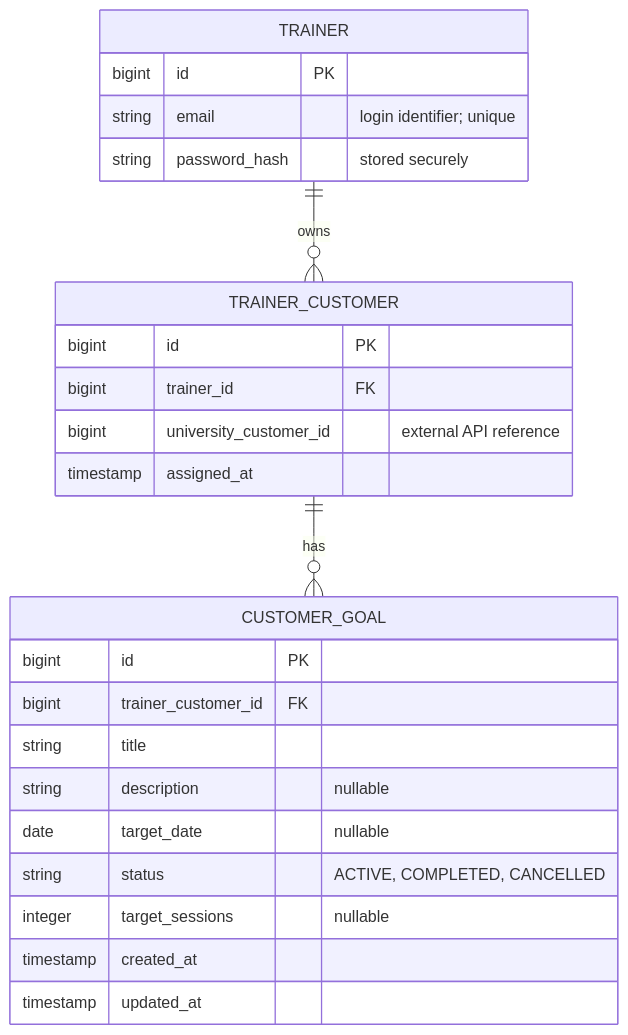
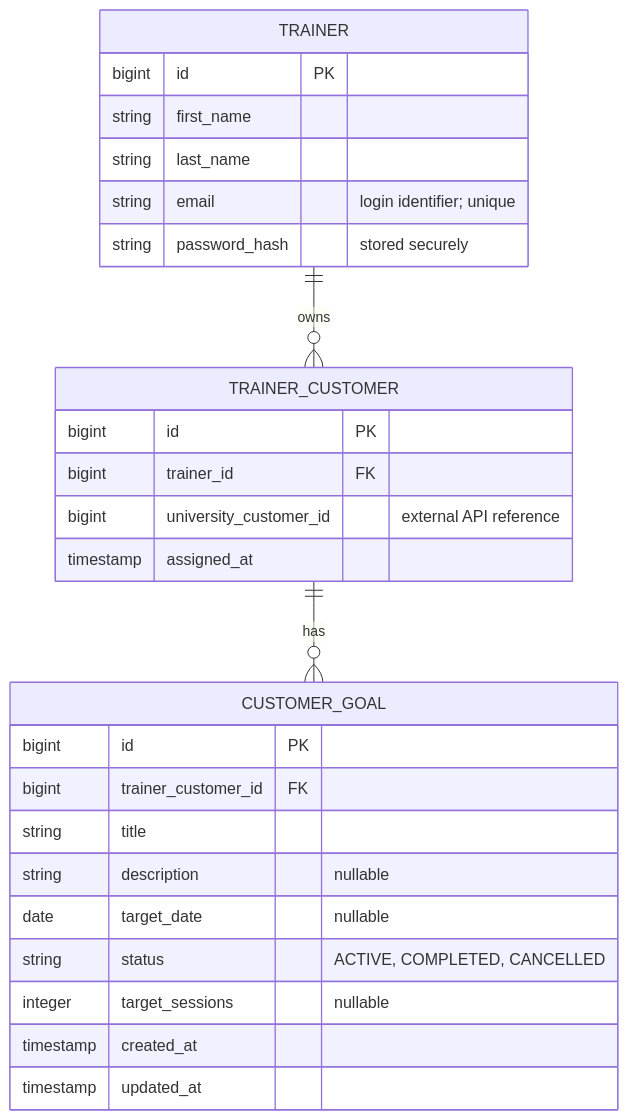
Before and after one commit to Samir-BK/Personal-Trainer: the fourth of 6 diagrams in backend/README.md, drawn with Mermaid. The commit also changed other lines of this file, not shown here.

````diff
--- a/backend/README.md
+++ b/backend/README.md
@@ -178,30 +132,32 @@
 ```mermaid
 erDiagram
     TRAINER ||--o{ TRAINER_CUSTOMER : owns
     TRAINER_CUSTOMER ||--o{ CUSTOMER_GOAL : has
 
     TRAINER {
         bigint id PK
+        string first_name
+        string last_name
         string email "login identifier; unique"
         string password_hash "stored securely"
     }
 
     TRAINER_CUSTOMER {
         bigint id PK
         bigint trainer_id FK
         bigint university_customer_id "external API reference"
         timestamp assigned_at
     }
 
     CUSTOMER_GOAL {
         bigint id PK
         bigint trainer_customer_id FK
         string title
         string description "nullable"
         date target_date "nullable"
         string status "ACTIVE, COMPLETED, CANCELLED"
         integer target_sessions "nullable"
         timestamp created_at
         timestamp updated_at
     }
 ```
````
